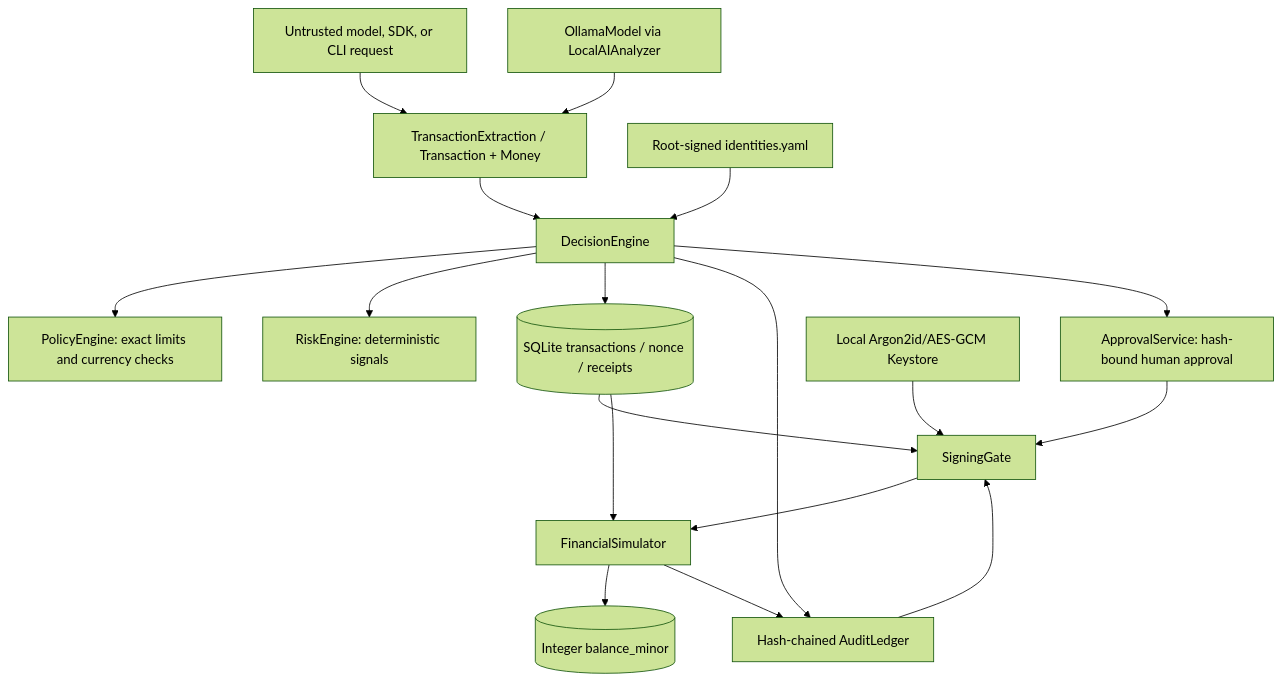
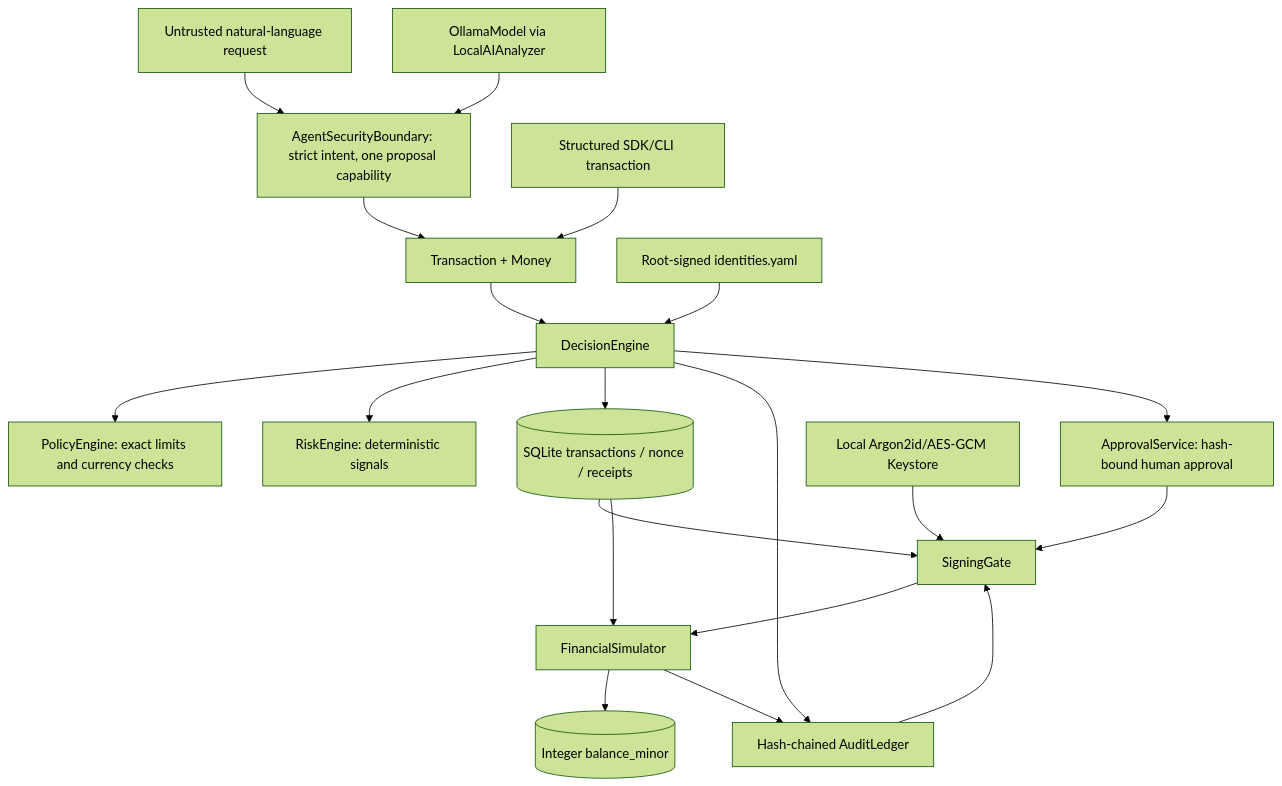
The first of 2 diagrams in docs/MASTER_ROADMAP.md (hickytani/finCLI), drawn with Mermaid (forest theme) before and after one commit. The commit also changed other lines of this file and 10 other files, not shown here.

Commit message:
feat(m3): establish AI agent security boundary

````diff
--- a/docs/MASTER_ROADMAP.md
+++ b/docs/MASTER_ROADMAP.md
@@ -32,20 +34,22 @@
 ```mermaid
 flowchart TD
-    Request[Untrusted model, SDK, or CLI request] --> Input[TransactionExtraction / Transaction + Money]
+    Request[Untrusted natural-language request] --> Agent[AgentSecurityBoundary: strict intent, one proposal capability]
+    AI[OllamaModel via LocalAIAnalyzer] --> Agent
+    Agent --> Input[Transaction + Money]
+    SDK[Structured SDK/CLI transaction] --> Input
     Input --> Decision[DecisionEngine]
-    AI[OllamaModel via LocalAIAnalyzer] --> Input
     Registry[Root-signed identities.yaml] --> Decision
     Decision --> Policy[PolicyEngine: exact limits and currency checks]
     Decision --> Risk[RiskEngine: deterministic signals]
     Decision --> SQLite[(SQLite transactions / nonce / receipts)]
     Decision --> Ledger[Hash-chained AuditLedger]
     Decision --> Approval[ApprovalService: hash-bound human approval]
     Approval --> Signing[SigningGate]
     SQLite --> Signing
     Ledger --> Signing
     Key[Local Argon2id/AES-GCM Keystore] --> Signing
     Signing --> Simulator[FinancialSimulator]
     SQLite --> Simulator
     Simulator --> Balances[(Integer balance_minor)]
     Simulator --> Ledger
 ```
````
